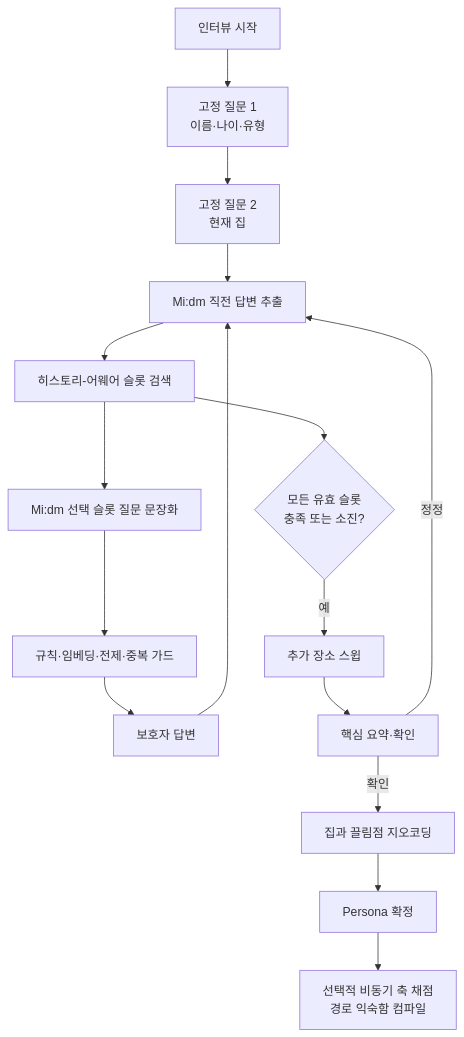
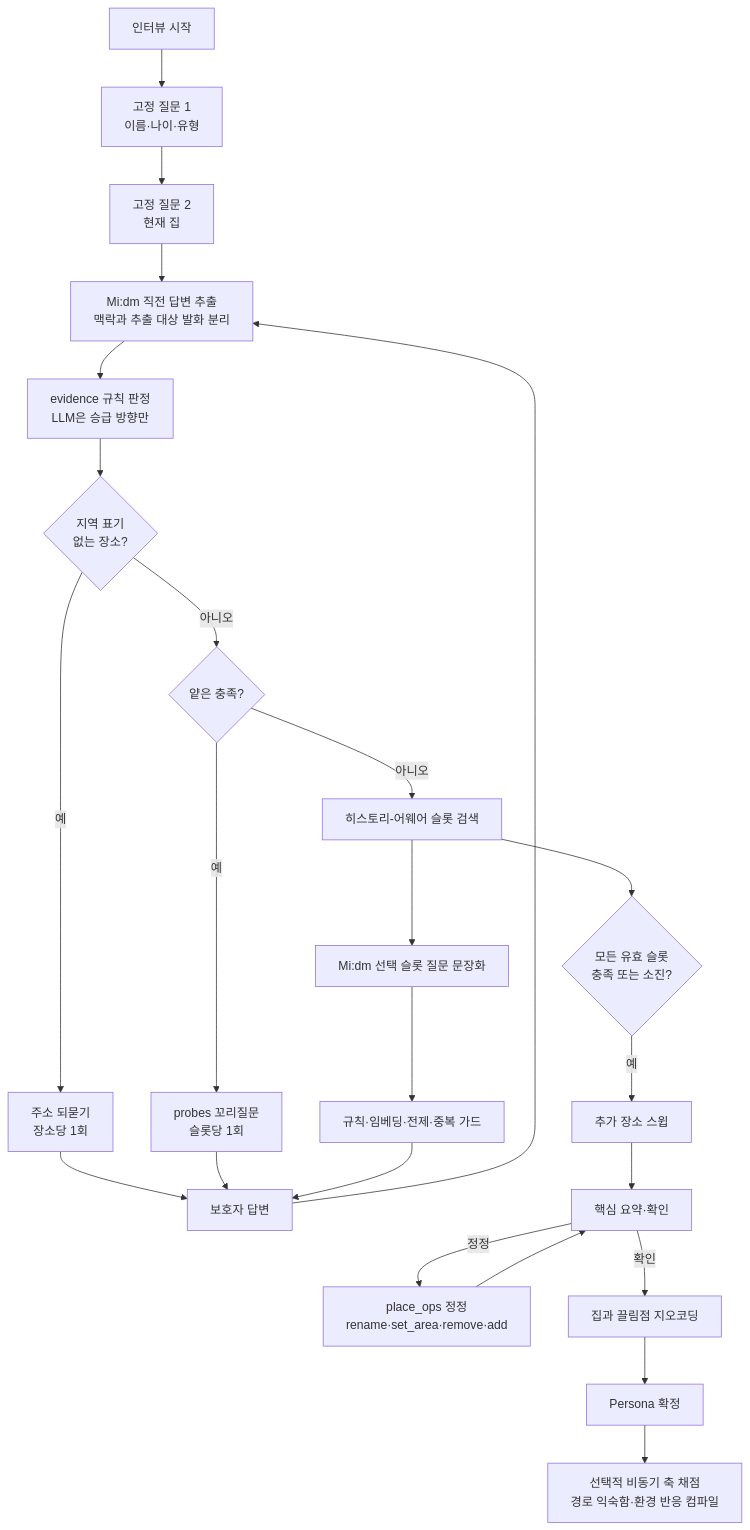
One commit to Donghaeng-AI-ROOKIE/Come-back-home changed the second of 5 diagrams in README.md. Above: the diagram before and after it, drawn with Mermaid. The commit also changed other lines of this file and 2 other files, not shown here.

Commit message:
docs: PR #64 반영 — evidence 규칙 백스톱·장소 좌표 복구·probes 꼬리질문·테스트 441
PR #64는 코드 1,684줄을 더하면서 문서는 곱셈 병합 1줄만 고쳐, README·
IMPLEMENTATION_ARCHITECTURE가 실제 동작과 어긋나 있었다. 라이브 실측으로
들어간 Phase 0 보강 일체와 테스트 수치를 맞춘다.

README
- Phase 0 mermaid에 evidence 규칙 판정·주소 되묻기·probes 꼬리질문·
  place_ops 정정 분기 추가
- 인터뷰 구현: 얕은 충족 시 probes 파고들기, 추출 프롬프트 맥락/대상 분리,
  질문 예시 제거
- 저장과 가드레일: evidence 계수 0.9/0.5/0.3, 표면형 규칙 판정 + LLM 승급
  전용, 최상위 등급 두 겹 방어, 주소 되묻기, base_place_name 폴백,
  place_ops 닫힌 어휘, behavior_notes 원발화 폴백
- 테스트 381/379 → 441/439

docs/IMPLEMENTATION_ARCHITECTURE.md
- 4.3에 "라이브 실측 기반 보강 (PR #64)" 표 신설 — 결함 11건과 대응
- 4.4에 AttractionPoint.weight = evidence 계수 기본값 명시
- 테스트 수치·확인 커밋 갱신 (f1286f4 → 1be16fa)

backend/README.md
- 테스트 수 18 → 441 (오래 방치된 값)

검증: pytest 439 passed / 2 skipped (develop 1be16fa)

````diff
--- a/README.md
+++ b/README.md
@@ -64,18 +64,26 @@
 ```mermaid
 flowchart TD
     S["인터뷰 시작"] --> I["고정 질문 1<br/>이름·나이·유형"]
     I --> H["고정 질문 2<br/>현재 집"]
-    H --> X["Mi:dm 직전 답변 추출"]
-    X --> R["히스토리-어웨어 슬롯 검색"]
+    H --> X["Mi:dm 직전 답변 추출<br/>맥락과 추출 대상 발화 분리"]
+    X --> EV["evidence 규칙 판정<br/>LLM은 승급 방향만"]
+    EV --> AR{"지역 표기<br/>없는 장소?"}
+    AR -- "예" --> ASK["주소 되묻기<br/>장소당 1회"]
+    ASK --> U
+    AR -- "아니오" --> PB{"얕은 충족?"}
+    PB -- "예" --> PQ["probes 꼬리질문<br/>슬롯당 1회"]
+    PQ --> U
+    PB -- "아니오" --> R["히스토리-어웨어 슬롯 검색"]
     R --> Q["Mi:dm 선택 슬롯 질문 문장화"]
     Q --> G["규칙·임베딩·전제·중복 가드"]
     G --> U["보호자 답변"]
     U --> X
     R --> C{"모든 유효 슬롯<br/>충족 또는 소진?"}
     C -- "예" --> SW["추가 장소 스윕"]
     SW --> CF["핵심 요약·확인"]
-    CF -- "정정" --> X
+    CF -- "정정" --> OPS["place_ops 정정<br/>rename·set_area·remove·add"]
+    OPS --> CF
     CF -- "확인" --> GEO["집과 끌림점 지오코딩"]
     GEO --> P["Persona 확정"]
-    P --> SCORE["선택적 비동기 축 채점<br/>경로 익숙함 컴파일"]
+    P --> SCORE["선택적 비동기 축 채점<br/>경로 익숙함·환경 반응 컴파일"]
 ```
````
